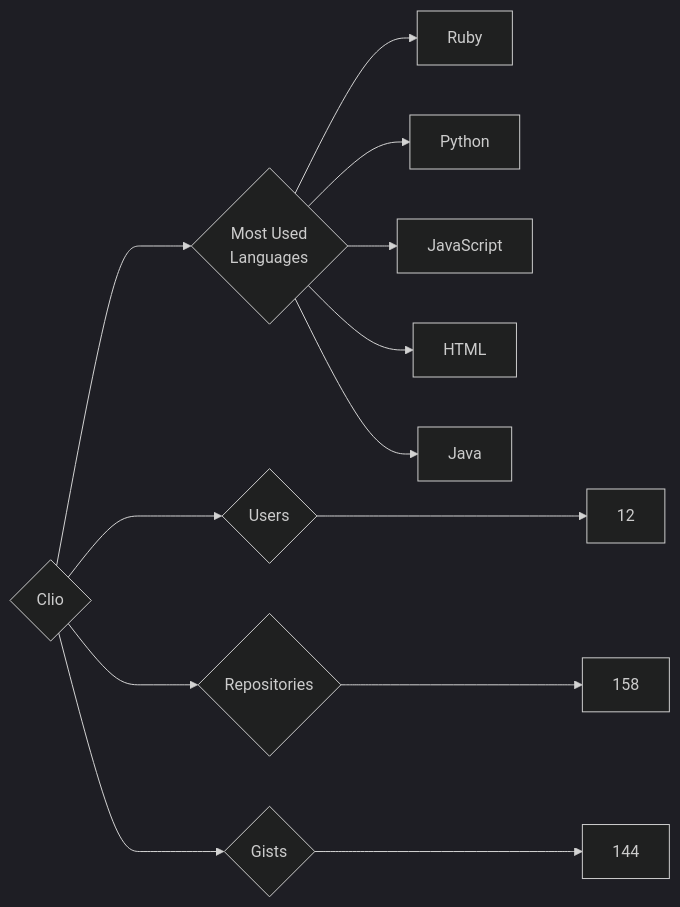
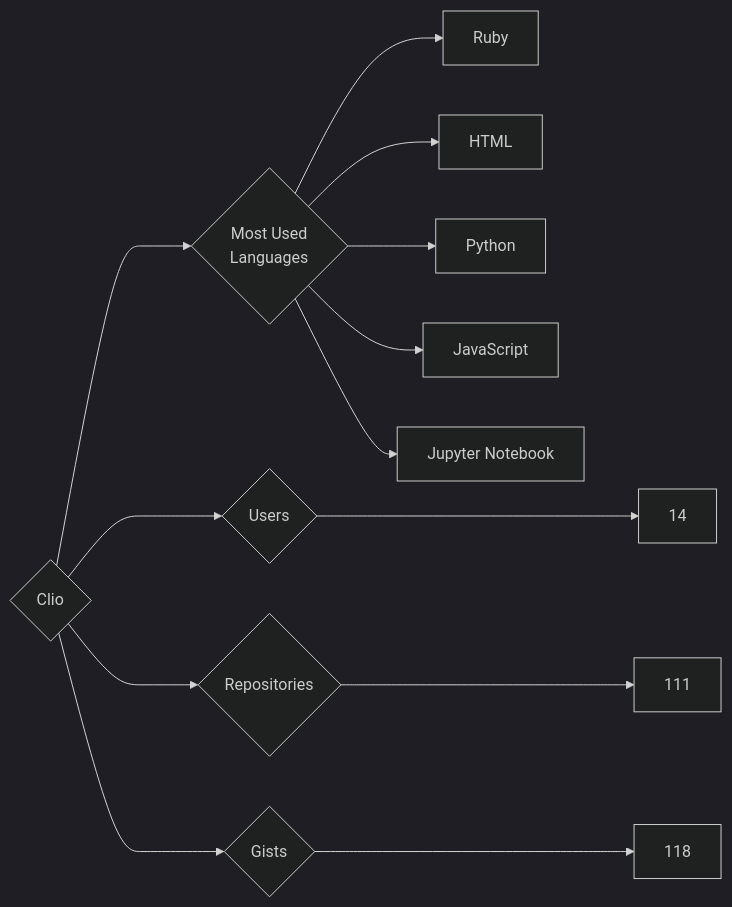
Before and after one commit to trickest/insiders: the diagram in targets/Clio/README.md, drawn with Mermaid (dark theme). The commit also changed 723 other files, not shown here.

````diff
--- a/targets/Clio/README.md
+++ b/targets/Clio/README.md
@@ -3,13 +3,13 @@
 ```mermaid
 graph LR
 COMPANY_NAME{Clio}
-COMPANY_NAME ---> U{Users} ---> UN[12]
-COMPANY_NAME ---> R{Repositories} ---> RN[158]
-COMPANY_NAME ---> G{Gists} ---> GN[144]
+COMPANY_NAME ---> U{Users} ---> UN[14]
+COMPANY_NAME ---> R{Repositories} ---> RN[111]
+COMPANY_NAME ---> G{Gists} ---> GN[118]
 COMPANY_NAME ---> ML{Most Used<br>Languages}
 ML --> Ruby[Ruby]
+ML --> HTML[HTML]
 ML --> Python[Python]
 ML --> JavaScript[JavaScript]
-ML --> HTML[HTML]
-ML --> Java[Java]
+ML --> Jupyter_Notebook[Jupyter Notebook]
 ```
````
